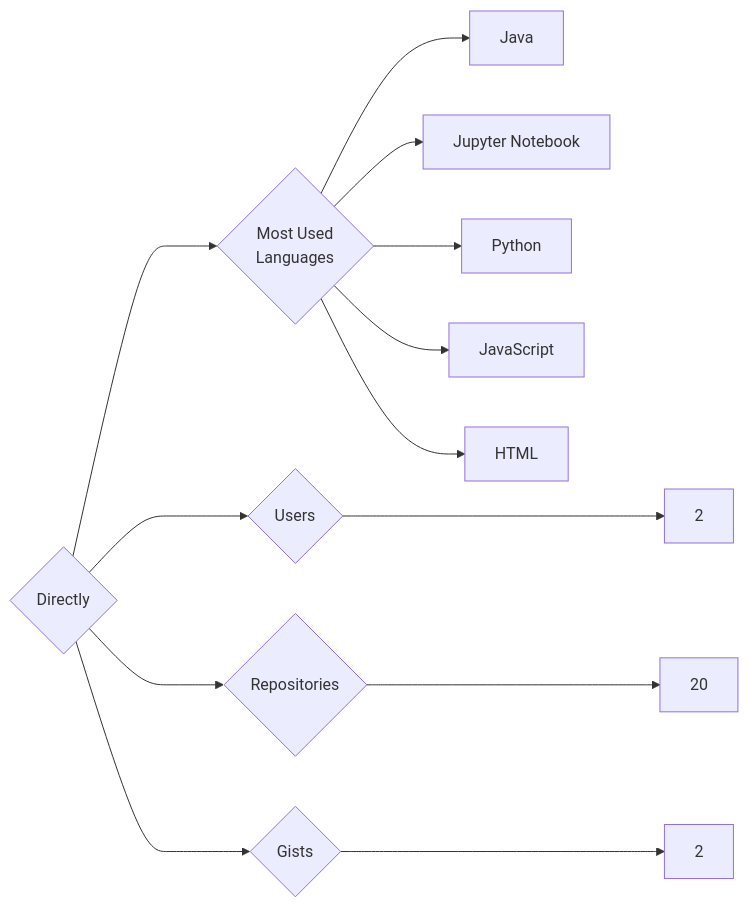
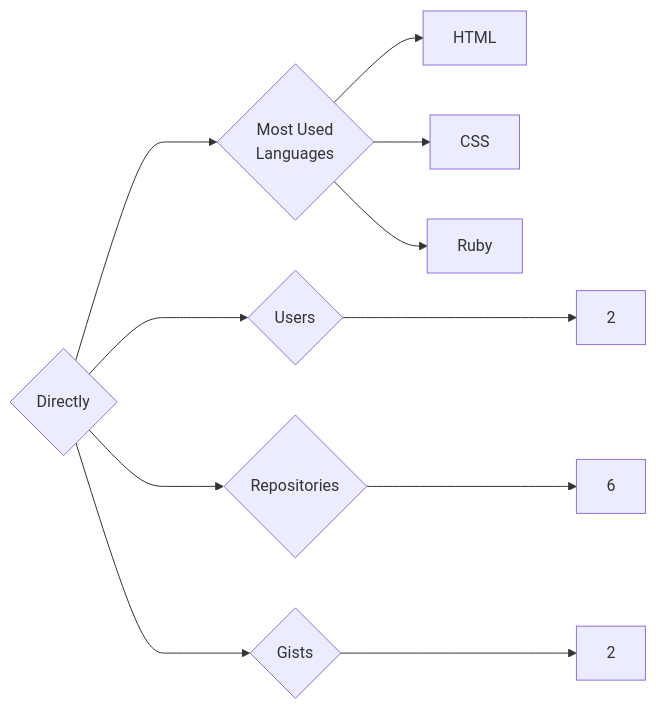
One commit to trickest/insiders changed the diagram in targets/Directly/README.md. Above: the diagram before and after it, drawn with Mermaid. The commit also changed 938 other files, not shown here.

````diff
--- a/targets/Directly/README.md
+++ b/targets/Directly/README.md
@@ -3,13 +3,11 @@
 ```mermaid
 graph LR
 COMPANY_NAME{Directly}
 COMPANY_NAME ---> U{Users} ---> UN[2]
-COMPANY_NAME ---> R{Repositories} ---> RN[20]
+COMPANY_NAME ---> R{Repositories} ---> RN[6]
 COMPANY_NAME ---> G{Gists} ---> GN[2]
 COMPANY_NAME ---> ML{Most Used<br>Languages}
-ML --> Java[Java]
-ML --> Jupyter_Notebook[Jupyter Notebook]
-ML --> Python[Python]
-ML --> JavaScript[JavaScript]
 ML --> HTML[HTML]
+ML --> CSS[CSS]
+ML --> Ruby[Ruby]
 ```
````
